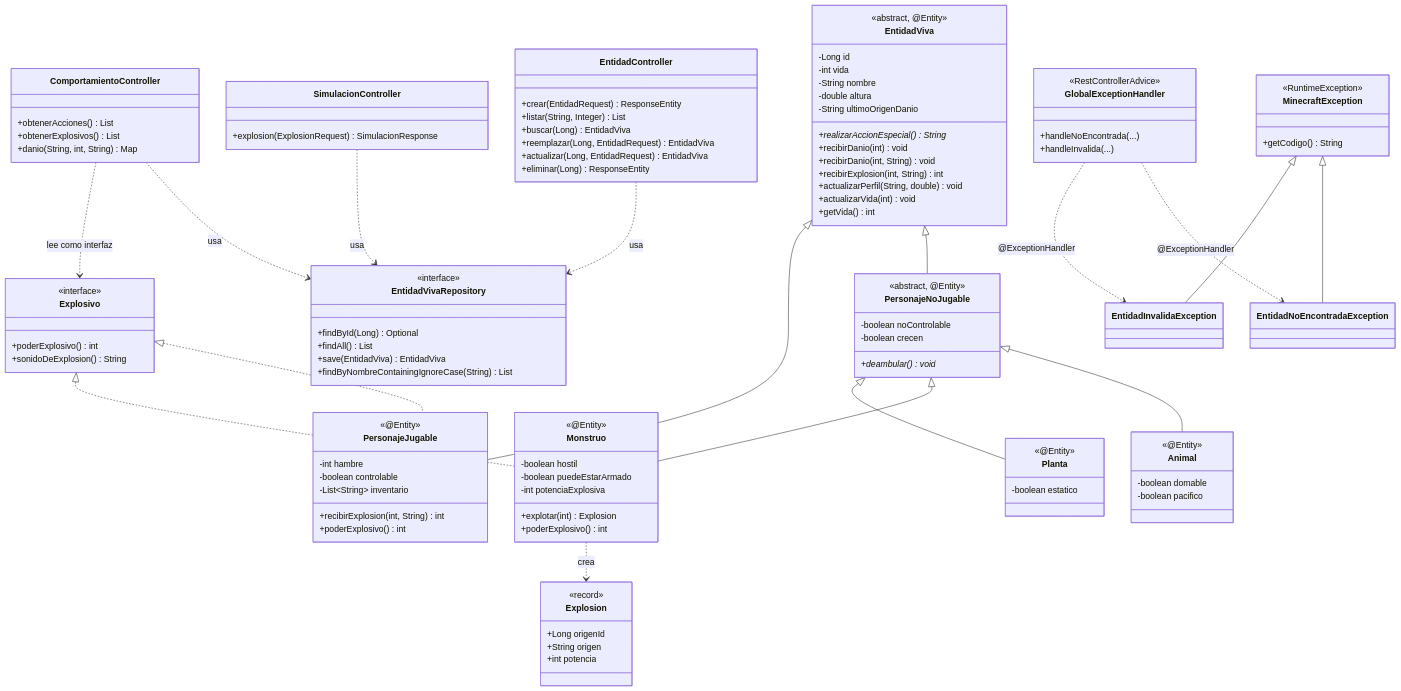
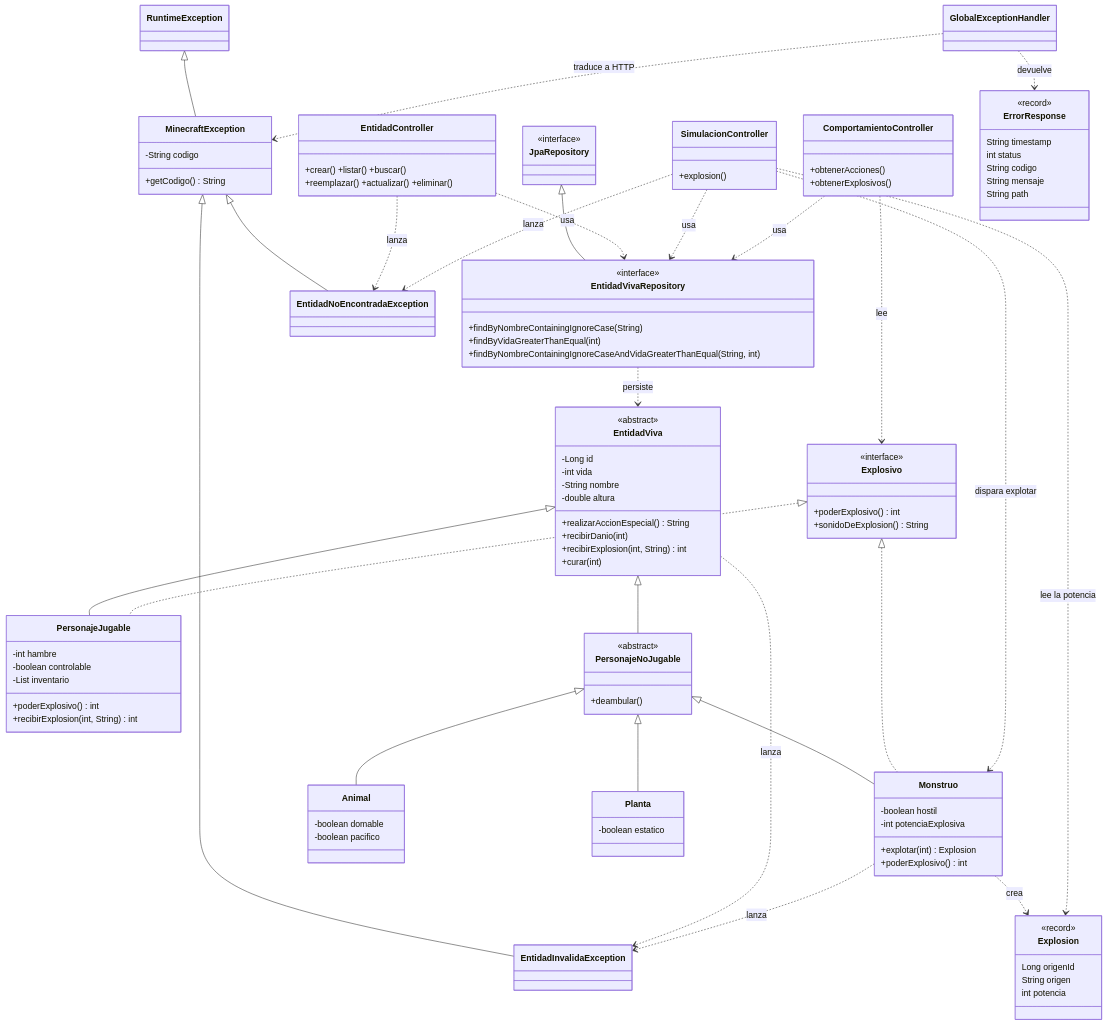
Before and after one commit to Adrian-312/avera-tplp3-2026: the diagram in README.md, drawn with Mermaid. The commit also changed other lines of this file and 14 other files, not shown here.

````diff
--- a/README.md
+++ b/README.md
@@ -72,128 +58,119 @@
 ```mermaid
 classDiagram
+    direction TB
+
     class EntidadViva {
-        <<abstract, @Entity>>
+        <<abstract>>
         -Long id
         -int vida
         -String nombre
         -double altura
-        -String ultimoOrigenDanio
-        +realizarAccionEspecial()* String
-        +recibirDanio(int) void
-        +recibirDanio(int, String) void
+        +realizarAccionEspecial() String
+        +recibirDanio(int)
         +recibirExplosion(int, String) int
-        +actualizarPerfil(String, double) void
-        +actualizarVida(int) void
-        +getVida() int
+        +curar(int)
     }
-
-    class PersonajeNoJugable {
-        <<abstract, @Entity>>
-        -boolean noControlable
-        -boolean crecen
-        +deambular()* void
-    }
-
     class PersonajeJugable {
-        <<@Entity>>
         -int hambre
         -boolean controlable
-        -List~String~ inventario
+        -List inventario
+        +poderExplosivo() int
         +recibirExplosion(int, String) int
-        +poderExplosivo() int
     }
-
+    class PersonajeNoJugable {
+        <<abstract>>
+        +deambular()
+    }
     class Monstruo {
-        <<@Entity>>
         -boolean hostil
-        -boolean puedeEstarArmado
         -int potenciaExplosiva
         +explotar(int) Explosion
         +poderExplosivo() int
     }
-
     class Animal {
-        <<@Entity>>
         -boolean domable
         -boolean pacifico
     }
-
     class Planta {
-        <<@Entity>>
         -boolean estatico
     }
-
     class Explosivo {
         <<interface>>
         +poderExplosivo() int
         +sonidoDeExplosion() String
     }
-
     class Explosion {
         <<record>>
-        +Long origenId
-        +String origen
-        +int potencia
+        Long origenId
+        String origen
+        int potencia
     }
 
+    class JpaRepository {
+        <<interface>>
+    }
     class EntidadVivaRepository {
         <<interface>>
-        +findById(Long) Optional
-        +findAll() List
-        +save(EntidadViva) EntidadViva
-        +findByNombreContainingIgnoreCase(String) List
+        +findByNombreContainingIgnoreCase(String)
+        +findByVidaGreaterThanEqual(int)
+        +findByNombreContainingIgnoreCaseAndVidaGreaterThanEqual(String, int)
     }
 
     class EntidadController {
-        +crear(EntidadRequest) ResponseEntity
-        +listar(String, Integer) List
-        +buscar(Long) EntidadViva
-        +reemplazar(Long, EntidadRequest) EntidadViva
-        +actualizar(Long, EntidadRequest) EntidadViva
-        +eliminar(Long) ResponseEntity
+        +crear() +listar() +buscar()
+        +reemplazar() +actualizar() +eliminar()
+    }
+    class SimulacionController {
+        +explosion()
+    }
+    class ComportamientoController {
+        +obtenerAcciones()
+        +obtenerExplosivos()
     }
 
-    class SimulacionController {
-        +explosion(ExplosionRequest) SimulacionResponse
+    class RuntimeException
+    class MinecraftException {
+        -String codigo
+        +getCodigo() String
+    }
+    class EntidadNoEncontradaException
+    class EntidadInvalidaException
+    class GlobalExceptionHandler
+    class ErrorResponse {
+        <<record>>
+        String timestamp
+        int status
+        String codigo
+        String mensaje
+        String path
     }
 
-    class ComportamientoController {
-        +obtenerAcciones() List
-        +obtenerExplosivos() List
-        +danio(String, int, String) Map
-    }
-
-    class MinecraftException {
-        <<RuntimeException>>
-        +getCodigo() String
-    }
-
-    class EntidadNoEncontradaException
-    class EntidadInvalidaException
-
-    class GlobalExceptionHandler {
-        <<RestControllerAdvice>>
-        +handleNoEncontrada(...)
-        +handleInvalida(...)
-    }
-
+    EntidadViva <|-- PersonajeJugable
     EntidadViva <|-- PersonajeNoJugable
-    EntidadViva <|-- PersonajeJugable
+    PersonajeNoJugable <|-- Monstruo
     PersonajeNoJugable <|-- Animal
-    PersonajeNoJugable <|-- Monstruo
     PersonajeNoJugable <|-- Planta
 
     Explosivo <|.. PersonajeJugable
     Explosivo <|.. Monstruo
     Monstruo ..> Explosion : crea
 
+    JpaRepository <|-- EntidadVivaRepository
+    EntidadVivaRepository ..> EntidadViva : persiste
     EntidadController ..> EntidadVivaRepository : usa
     SimulacionController ..> EntidadVivaRepository : usa
+    SimulacionController ..> Monstruo : dispara explotar
+    SimulacionController ..> Explosion : lee la potencia
     ComportamientoController ..> EntidadVivaRepository : usa
-    ComportamientoController ..> Explosivo : lee como interfaz
+    ComportamientoController ..> Explosivo : lee
 
+    RuntimeException <|-- MinecraftException
     MinecraftException <|-- EntidadNoEncontradaException
     MinecraftException <|-- EntidadInvalidaException
-    GlobalExceptionHandler ..> EntidadNoEncontradaException : @ExceptionHandler
-    GlobalExceptionHandler ..> EntidadInvalidaException : @ExceptionHandler
+    EntidadViva ..> EntidadInvalidaException : lanza
+    Monstruo ..> EntidadInvalidaException : lanza
+    EntidadController ..> EntidadNoEncontradaException : lanza
+    SimulacionController ..> EntidadNoEncontradaException : lanza
+    GlobalExceptionHandler ..> MinecraftException : traduce a HTTP
+    GlobalExceptionHandler ..> ErrorResponse : devuelve
 ```
````
